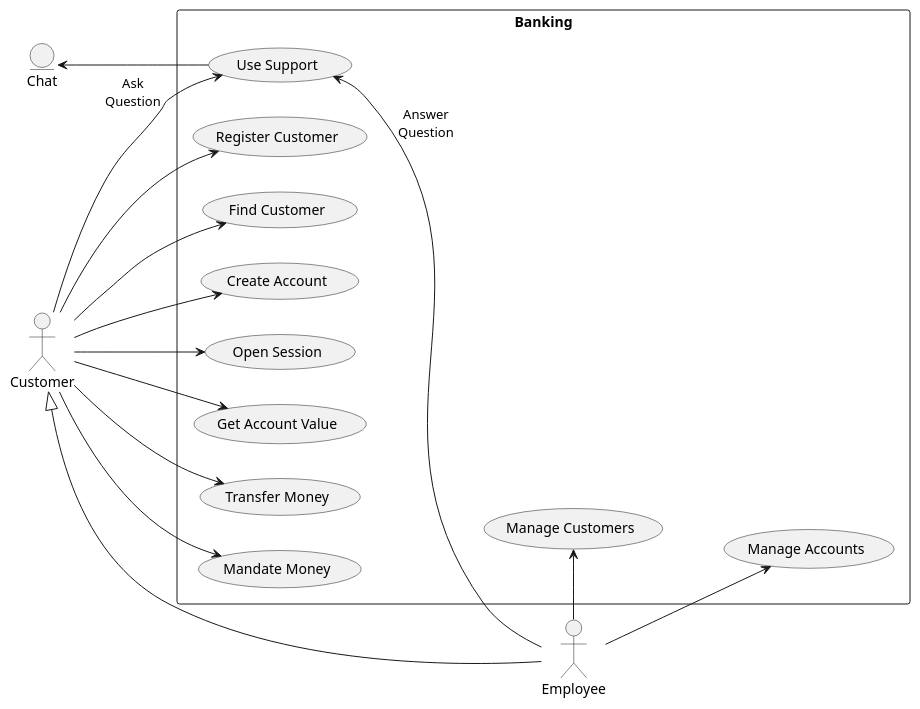
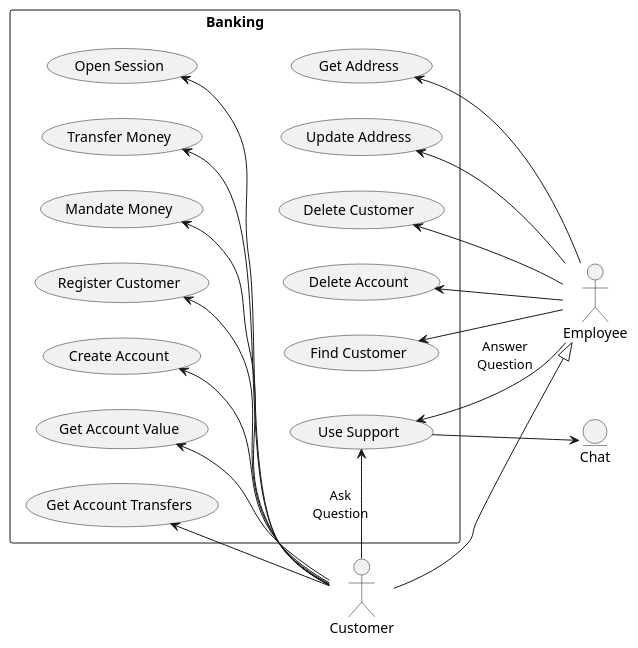
One commit to SteffBauer/sw_project changed the diagram in documentation/diagrams/DiagramUseCase_BankingService.puml. Above: the diagram before and after it, drawn with PlantUML.

Commit message:
updated use case diagram and tried rearrangement..

```diff
--- a/documentation/diagrams/DiagramUseCase_BankingService.puml
+++ b/documentation/diagrams/DiagramUseCase_BankingService.puml
@@ -1,62 +1,74 @@
 @startuml
 left to right direction
 
 
 actor "Customer" as c
 actor "Employee" as e
 
-c <|-- e
+e <|-up- c
 
 entity "Chat" as chat
 
 
 rectangle Banking {
-  usecase "Use Support" as uc4
 
-  usecase "Register Customer" as uc1
-  usecase "Find Customer" as uc2
-  usecase "Create Account" as uc3
-  usecase "Manage Customers" as uc9
-  usecase "Manage Accounts" as uc10
+  usecase "Register Customer" as uc11
+  usecase "Find Customer" as uc12
+  usecase "Delete Customer" as uc13
+  usecase "Get Address" as uc14
+  usecase "Update Address" as uc15
+  usecase "Create Account" as uc16
+  usecase "Delete Account" as uc17
+
+  usecase "Open Session" as uc21
+
+  usecase "Use Support" as uc31
 
 
-  usecase "Open Session" as uc5
-  usecase "Get Account Value" as uc6
-  usecase "Transfer Money" as uc7
-  usecase "Mandate Money" as uc8
+  usecase "Get Account Value" as uc41
+  usecase "Get Account Transfers" as uc42
+  usecase "Transfer Money" as uc43
+  usecase "Mandate Money" as uc44
 
 
 
 }
 
-chat <-- uc4
+' Customer Service
+uc11 <-- c
+uc16 <-- c
+
+e --> uc12
+e --> uc13
+e --> uc14
+e --> uc15
+e --> uc17
 
 
-c --> uc1
-c --> uc2
-c --> uc3
-'uc1 <- e
-'uc2 <- e
-'uc3 <- e
+' Session Service
+uc21 <-- c
 
 
-c --> uc5
-c --> uc6
-c --> uc7
-c --> uc8
+' Support Service
+uc31 --> chat
+uc31 <-- c : Ask\nQuestion
+e --> uc31 : Answer\nQuestion
 
 
-'uc9 <-- e
-'uc10 <-- e
+' Banking Service
+uc41 <-- c
+uc42 <-- c
+uc43 <-- c
+uc44 <-- c
 
-e-up->uc9
-e-->uc10
-
-
-uc8 -[hidden]- uc9
-uc9 -[hidden]- uc10
-
-c --> uc4 : Ask\nQuestion
-e --> uc4 : Answer\nQuestion
+' Layout
+uc21 -[hidden]-> uc12
+uc21 -[hidden]-> uc13
+uc21 -[hidden]-> uc14
+uc21 -[hidden]-> uc15
+uc21 -[hidden]-> uc17
+uc31 -[hidden]> uc17
+e -[hidden]> chat
+chat -[hidden]> c
 
 @enduml
```
